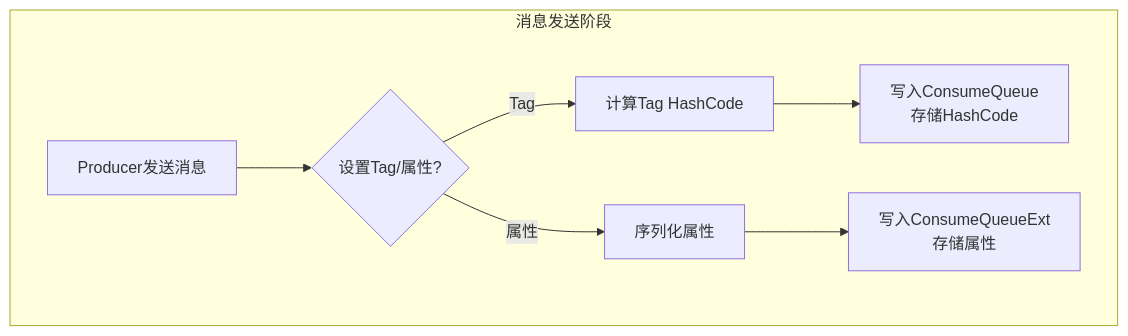
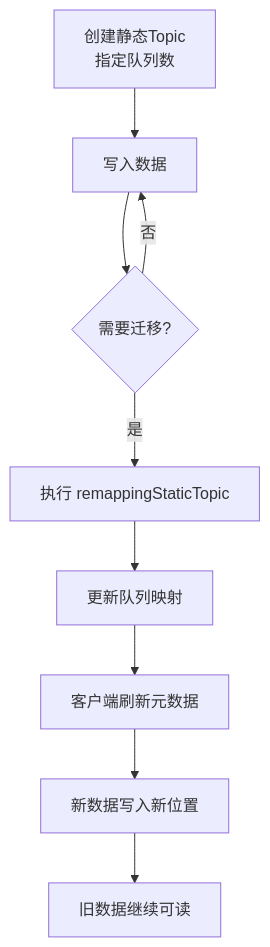
One commit to wilimm/rocketmq changed the seventh of 7 diagrams in docs/RocketMQ技术架构/06-高级特性篇.md. Above: the diagram before and after it, drawn with Mermaid. The commit also changed other lines of this file and 10 other files, not shown here.

````diff
--- a/docs/RocketMQ技术架构/06-高级特性篇.md
+++ b/docs/RocketMQ技术架构/06-高级特性篇.md
@@ -800,10 +906,11 @@
 ```mermaid
 flowchart TD
-    subgraph 消息发送阶段
-        A[Producer发送消息] --> B{设置Tag/属性?}
-        B -->|Tag| C[计算Tag HashCode]
-        B -->|属性| D[序列化属性]
-        C --> E[写入ConsumeQueue<br/>存储HashCode]
-        D --> F[写入ConsumeQueueExt<br/>存储属性]
-    end
+    A[创建静态Topic<br/>指定队列数] --> B[写入数据]
+    B --> C{需要迁移?}
+    C -->|是| D[执行 remappingStaticTopic]
+    D --> E[更新队列映射]
+    E --> F[客户端刷新元数据]
+    F --> G[新数据写入新位置]
+    G --> H[旧数据继续可读]
+    C -->|否| B
 ```
````
